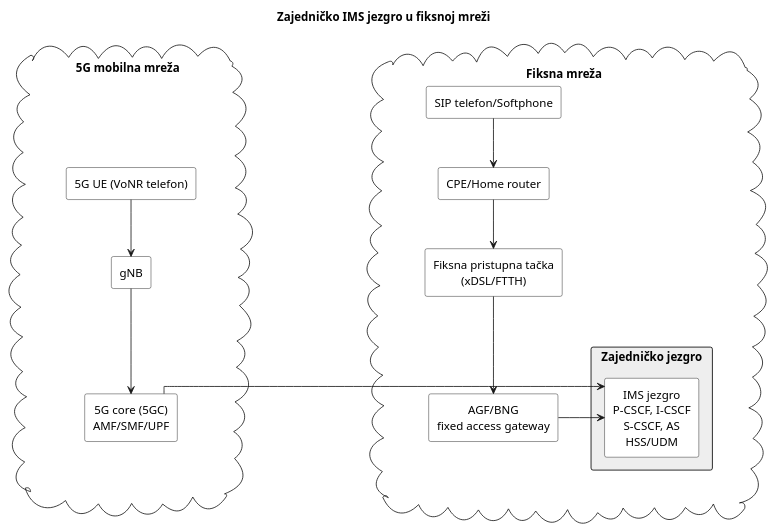
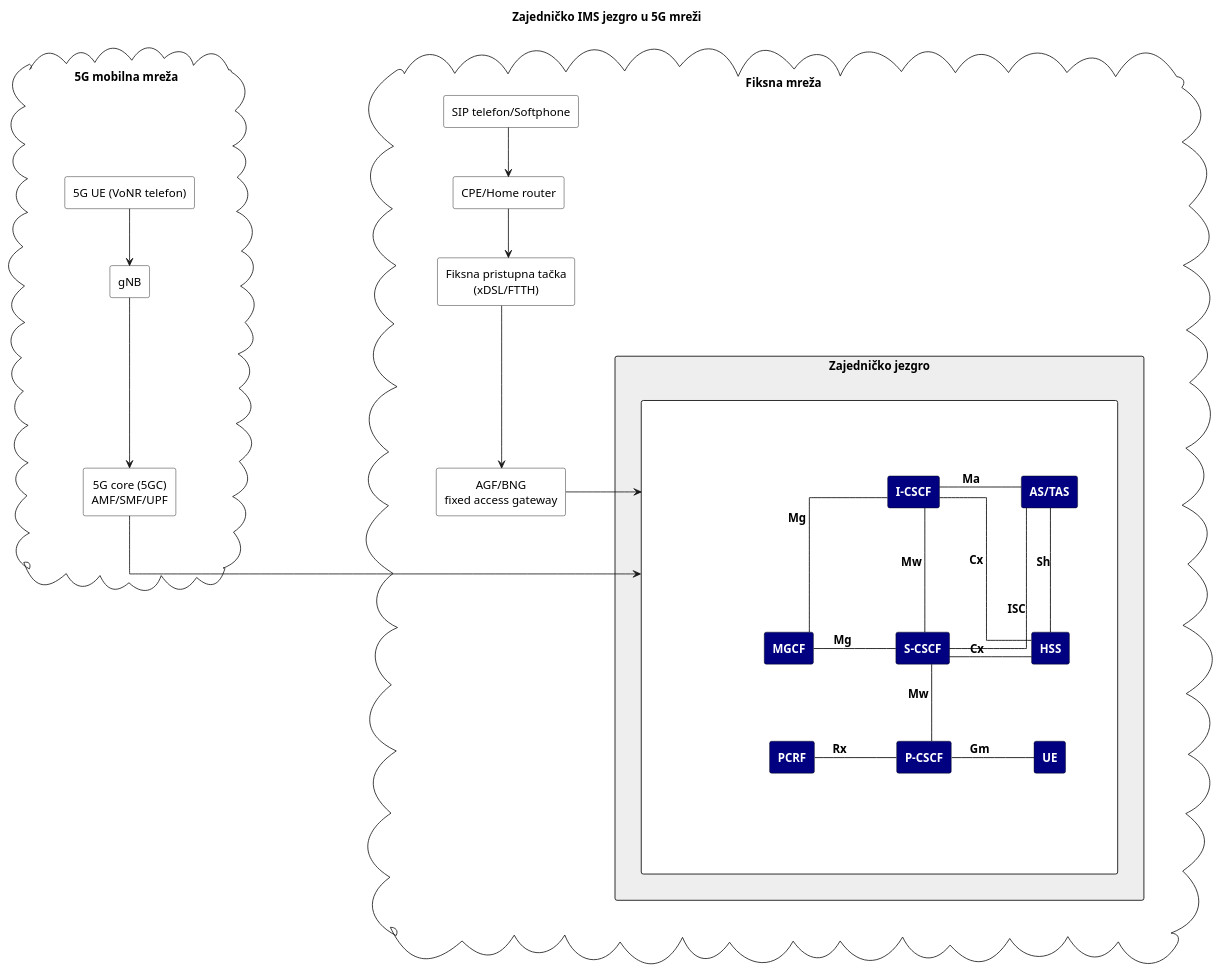
One commit to ZakiraZaza/SSMTK_FMC_VoNR_IMS_5G changed the diagram in assets/diagrams/plantuml/code/common_ims_core_in_a_fixed_network.puml. Above: the diagram before and after it, drawn with PlantUML. The commit also changed 5 other files, not shown here.

First line of the commit message:
Updated PlantUML diagrams.

```diff
--- a/assets/diagrams/plantuml/code/common_ims_core_in_a_fixed_network.puml
+++ b/assets/diagrams/plantuml/code/common_ims_core_in_a_fixed_network.puml
@@ -1,67 +1,138 @@
 @startuml
+set separator .
 top to bottom direction
-hide <<hidden>> stereotype
-hide <<core>> stereotype
+hide stereotype
+skinparam linetype ortho
+
+title "Zajedničko IMS jezgro u 5G mreži"
 
 <style>
 rectangle {
   HorizontalAlignment center
   BackgroundColor white
   .hidden {
     BackgroundColor transparent
     FontColor transparent
   }
+  .hidden_font {
+    FontColor transparent   
+  }
   .core {
     BackgroundColor #EEEEEE
+  }
+  .ims {
+    BackgroundColor navy
+    FontColor white
+    FontStyle bold
   }
 }
 </style>
 
 skinparam rectangle {
   BorderColor black
   BorderColor<<hidden>> transparent
 }
 
-skinparam linetype ortho
-
-title "Zajedničko IMS jezgro u fiksnoj mreži"
-
 cloud "5G mobilna mreža" as "cloud_1" {
-  rectangle "0" <<hidden>>
+  rectangle "0"<<hidden>>
   rectangle "5G UE (VoNR telefon)" as 1
   rectangle "gNB" as 2
   rectangle "_1"<<hidden>> {
-    rectangle "_2"<<hidden>> {
+    rectangle "_1"<<hidden>> {
       rectangle "5G core (5GC)\nAMF/SMF/UPF" as 3
     }
   }
 }
 
 cloud "Fiksna mreža" as "cloud_2" {
-  rectangle "_4"<<hidden>> {
-    rectangle "Zajedničko jezgro"<<core>> {
-      rectangle "IMS jezgro\nP-CSCF, I-CSCF\nS-CSCF, AS\nHSS/UDM" as 4 
+  rectangle "_1"<<hidden>> {
+      rectangle "Zajedničko jezgro" <<core>> as zajednicko_jezgro {
+      skinparam NodeSep 100
+      rectangle "_1" <<hidden_font>> as 4 {
+        rectangle "_1"<<hidden>> {
+          rectangle "_1" <<hidden>> {
+
+          }
+          rectangle "I-CSCF" <<ims>> as "_2" {
+            
+          }
+          rectangle "AS/TAS" <<ims>> as "_3" {
+            
+          }
+        }
+        rectangle "_2"<<hidden>> {
+          rectangle "MGCF" <<ims>> as "_1" {
+
+          }
+          rectangle "S-CSCF" <<ims>> as "_2" {
+            
+          }
+          rectangle "HSS" <<ims>> as "_3" {
+            
+          }
+        }
+        rectangle "_3"<<hidden>> {
+          rectangle "PCRF" <<ims>> as "_1" {
+
+          }
+          rectangle "P-CSCF" <<ims>> as "_2" {
+            
+          }
+          rectangle "UE" <<ims>> as "_3" {
+            
+          }
+        }
+        rectangle "_4"<<hidden>> {
+        }
+      } 
     }
-    rectangle "_5"<<hidden>> {
+    rectangle "_1"<<hidden>> {
       rectangle "AGF/BNG\nfixed access gateway" as 5
     }
   }
   rectangle "Fiksna pristupna tačka\n(xDSL/FTTH)" as 6
   rectangle "CPE/Home router" as 7
   rectangle "SIP telefon/Softphone" as 8
 }
 
 rectangle "rectangle_empty"<<hidden>> {
 
 }
 
 cloud_1 -[hidden]right-> rectangle_empty
 0 -[hidden]down-> 1
 1 -down-> 2
 2 -down-> 3
 3 -right-> 4
 4 <-right- 5
 5 <-up- 6
 6 <-up- 7
 7 <-up- 8
+'---'
+skinparam {
+  ArrowThickness 1
+  ArrowColor black
+  ArrowFontColor black
+  ArrowFontSize 14
+  ArrowFontStyle bold
+}
+
+cloud_2._1.zajednicko_jezgro.4._1._2 -[hidden]down-> cloud_2._1.zajednicko_jezgro.4._2._2
+cloud_2._1.zajednicko_jezgro.4._2._2 -[hidden]down-> cloud_2._1.zajednicko_jezgro.4._3._2
+cloud_2._1.zajednicko_jezgro.4._3 -[hidden]down-> cloud_2._1.zajednicko_jezgro.4._4
+'---'
+cloud_2._1.zajednicko_jezgro.4._1._1 -[hidden]right-> cloud_2._1.zajednicko_jezgro.4._1._2
+cloud_2._1.zajednicko_jezgro.4._1._2 -right- cloud_2._1.zajednicko_jezgro.4._1._3: "Ma"
+cloud_2._1.zajednicko_jezgro.4._1._2 -left- cloud_2._1.zajednicko_jezgro.4._2._1: "Mg "
+cloud_2._1.zajednicko_jezgro.4._1._2 -down- cloud_2._1.zajednicko_jezgro.4._2._2: "Mw "
+cloud_2._1.zajednicko_jezgro.4._1._2 -right- cloud_2._1.zajednicko_jezgro.4._2._3: "Cx "
+cloud_2._1.zajednicko_jezgro.4._1._3 -down- cloud_2._1.zajednicko_jezgro.4._2._2: "ISC"
+cloud_2._1.zajednicko_jezgro.4._1._3 -down- cloud_2._1.zajednicko_jezgro.4._2._3: "Sh"
+
+cloud_2._1.zajednicko_jezgro.4._2._1 -right- cloud_2._1.zajednicko_jezgro.4._2._2: "Mg "
+cloud_2._1.zajednicko_jezgro.4._2._2 -right- cloud_2._1.zajednicko_jezgro.4._2._3: "Cx  "
+cloud_2._1.zajednicko_jezgro.4._2._2 -down- cloud_2._1.zajednicko_jezgro.4._3._2: "Mw "
+
+cloud_2._1.zajednicko_jezgro.4._3._1 -right- cloud_2._1.zajednicko_jezgro.4._3._2: " Rx   "
+cloud_2._1.zajednicko_jezgro.4._3._2 -right- cloud_2._1.zajednicko_jezgro.4._3._3: "Gm "
 @enduml
```
